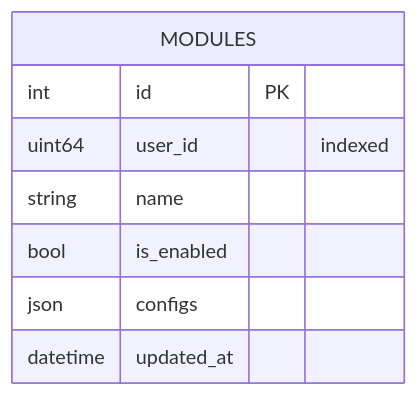
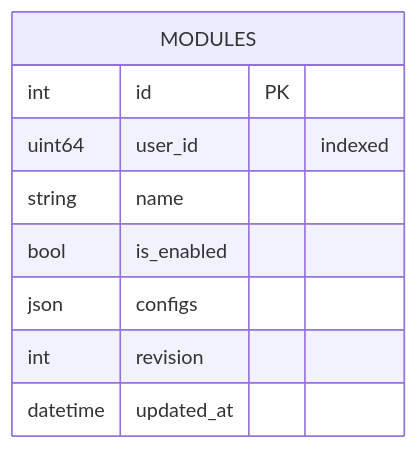
One commit to AdamOusmer/ItsBagelBot changed the fourth of 5 diagrams in web/docs/src/content/docs/data-and-state/database.md. Above: the diagram before and after it, drawn with Mermaid. The commit also changed other lines of this file and 97 other files, not shown here.

````diff
--- a/web/docs/src/content/docs/data-and-state/database.md
+++ b/web/docs/src/content/docs/data-and-state/database.md
@@ -137,11 +168,12 @@
 ```mermaid
 erDiagram
     MODULES {
         int id PK
         uint64 user_id "indexed"
         string name
         bool is_enabled
         json configs
+        int revision
         datetime updated_at
     }
 ```
````
